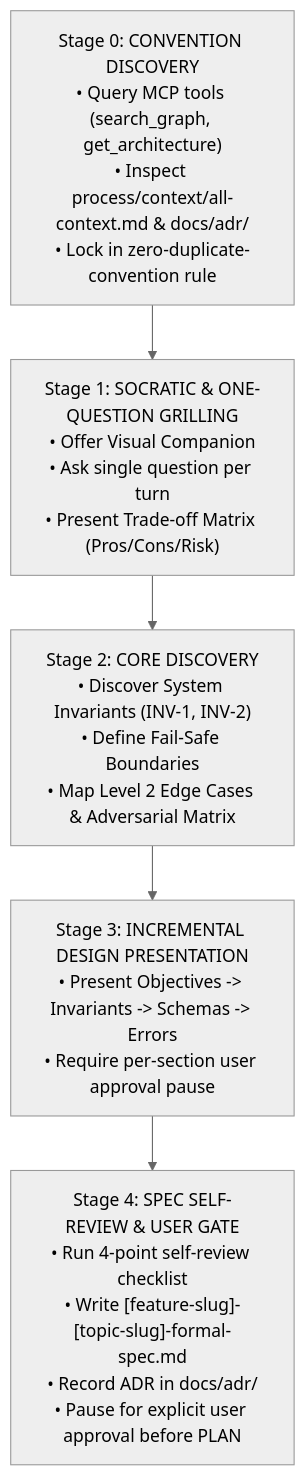
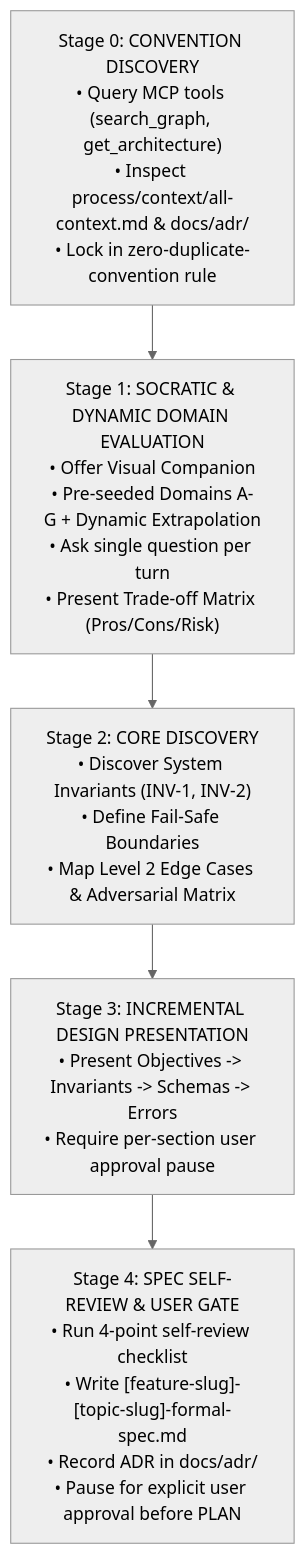
One commit to ngxccc/agent-skills-kit changed the diagram in .claude/skills/ag-brainstorming/SKILL.md. Above: the diagram before and after it, drawn with Mermaid (neutral theme). The commit also changed other lines of this file and 2 other files, not shown here.

Commit message:
docs(skills): integrate 7 engineering evaluation domains and SSOT schema references

````diff
--- a/.claude/skills/ag-brainstorming/SKILL.md
+++ b/.claude/skills/ag-brainstorming/SKILL.md
@@ -124,7 +179,7 @@
 ```mermaid
 flowchart TD
-    Stage0["Stage 0: CONVENTION DISCOVERY\n• Query MCP tools (search_graph, get_architecture)\n• Inspect process/context/all-context.md & docs/adr/\n• Lock in zero-duplicate-convention rule"] --> Probe["Stage 1: SOCRATIC & ONE-QUESTION GRILLING\n• Offer Visual Companion\n• Ask single question per turn\n• Present Trade-off Matrix (Pros/Cons/Risk)"]
+    Stage0["Stage 0: CONVENTION DISCOVERY\n• Query MCP tools (search_graph, get_architecture)\n• Inspect process/context/all-context.md & docs/adr/\n• Lock in zero-duplicate-convention rule"] --> Probe["Stage 1: SOCRATIC & DYNAMIC DOMAIN EVALUATION\n• Offer Visual Companion\n• Pre-seeded Domains A-G + Dynamic Extrapolation\n• Ask single question per turn\n• Present Trade-off Matrix (Pros/Cons/Risk)"]
     Probe --> Core["Stage 2: CORE DISCOVERY\n• Discover System Invariants (INV-1, INV-2)\n• Define Fail-Safe Boundaries\n• Map Level 2 Edge Cases & Adversarial Matrix"]
     Core --> Incremental["Stage 3: INCREMENTAL DESIGN PRESENTATION\n• Present Objectives -> Invariants -> Schemas -> Errors\n• Require per-section user approval pause"]
     Incremental --> SelfReview["Stage 4: SPEC SELF-REVIEW & USER GATE\n• Run 4-point self-review checklist\n• Write [feature-slug]-[topic-slug]-formal-spec.md\n• Record ADR in docs/adr/\n• Pause for explicit user approval before PLAN"]
 ```
````
